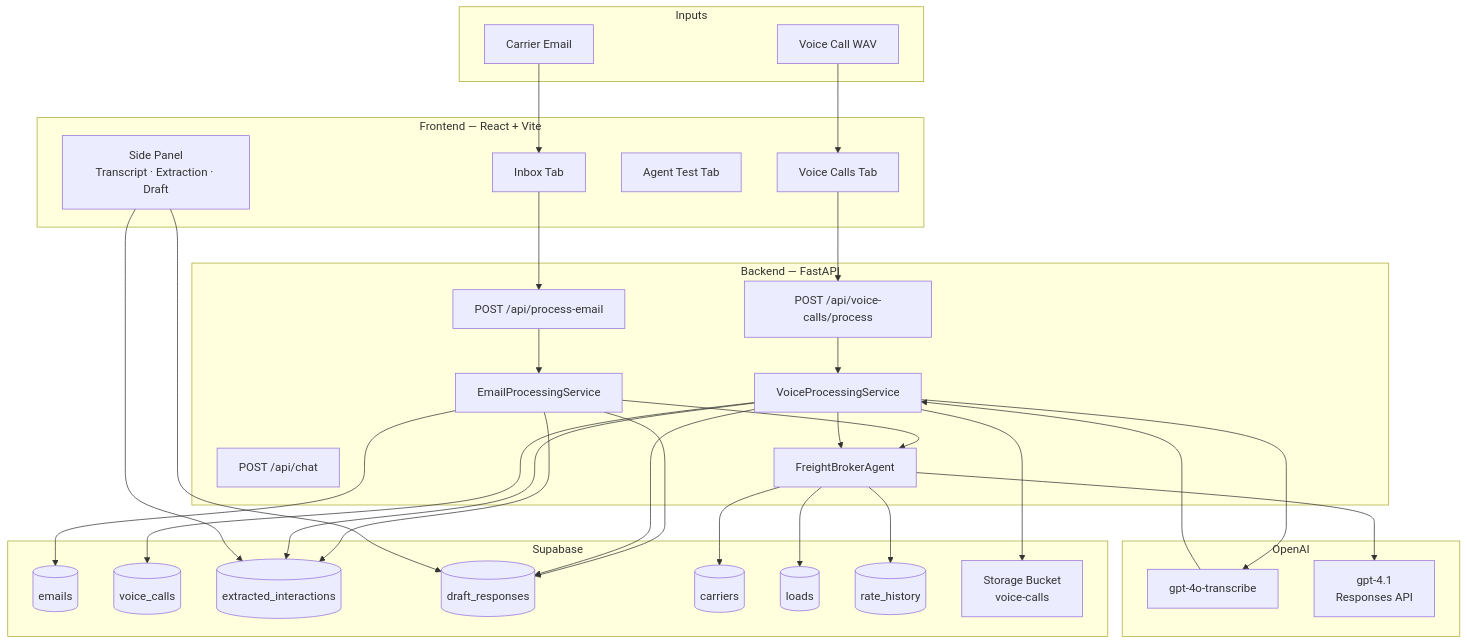
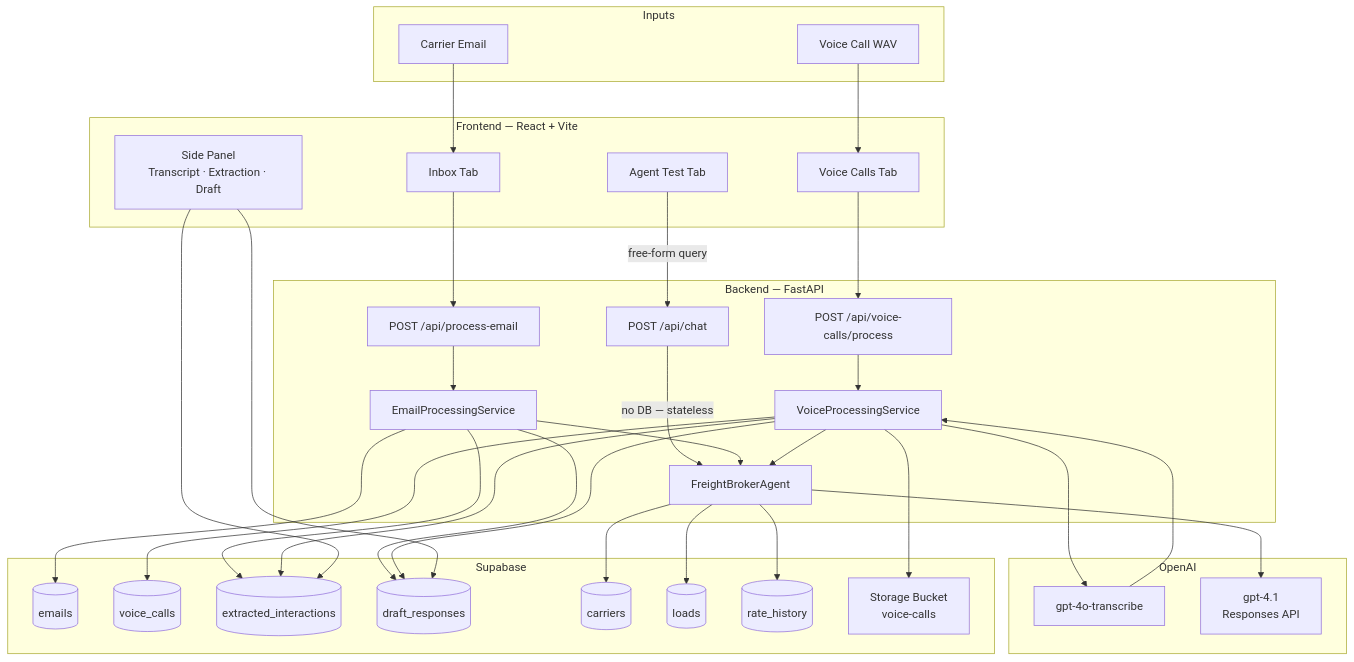
One commit to chandrahasM/AI-Fright-Broker changed the first of 2 diagrams in README.md. Above: the diagram before and after it, drawn with Mermaid. The commit also changed other lines of this file and 18 other files, not shown here.

````diff
--- a/README.md
+++ b/README.md
@@ -42,59 +42,61 @@
 ```mermaid
 flowchart TD
     subgraph inputs [Inputs]
         Email[Carrier Email]
         Voice[Voice Call WAV]
     end
 
     subgraph frontend [Frontend — React + Vite]
         InboxTab[Inbox Tab]
         VoiceTab[Voice Calls Tab]
         AgentTest[Agent Test Tab]
         SidePanel[Side Panel\nTranscript · Extraction · Draft]
     end
 
     subgraph backend [Backend — FastAPI]
         EmailRouter["POST /api/process-email"]
         VoiceRouter["POST /api/voice-calls/process"]
         ChatRouter["POST /api/chat"]
         EmailService[EmailProcessingService]
         VoiceService[VoiceProcessingService]
         Agent[FreightBrokerAgent]
     end
 
     subgraph storage [Supabase]
         EmailsDB[(emails)]
         VoiceDB[(voice_calls)]
         InteractionsDB[(extracted_interactions)]
         DraftsDB[(draft_responses)]
         CarriersDB[(carriers)]
         LoadsDB[(loads)]
         RateHistoryDB[(rate_history)]
         Bucket[Storage Bucket\nvoice-calls]
     end
 
     subgraph openai [OpenAI]
         Whisper[gpt-4o-transcribe]
         GPT[gpt-4.1\nResponses API]
     end
 
     Email --> InboxTab --> EmailRouter --> EmailService
     Voice --> VoiceTab --> VoiceRouter --> VoiceService
+    AgentTest -->|"free-form query"| ChatRouter
+    ChatRouter -->|"no DB — stateless"| Agent
     VoiceService --> Bucket
     VoiceService --> Whisper
     Whisper --> VoiceService
     EmailService --> Agent
     VoiceService --> Agent
     Agent --> GPT
     Agent --> CarriersDB
     Agent --> LoadsDB
     Agent --> RateHistoryDB
     EmailService --> EmailsDB
     EmailService --> InteractionsDB
     EmailService --> DraftsDB
     VoiceService --> VoiceDB
     VoiceService --> InteractionsDB
     VoiceService --> DraftsDB
     SidePanel --> InteractionsDB
     SidePanel --> DraftsDB
 ```
````
